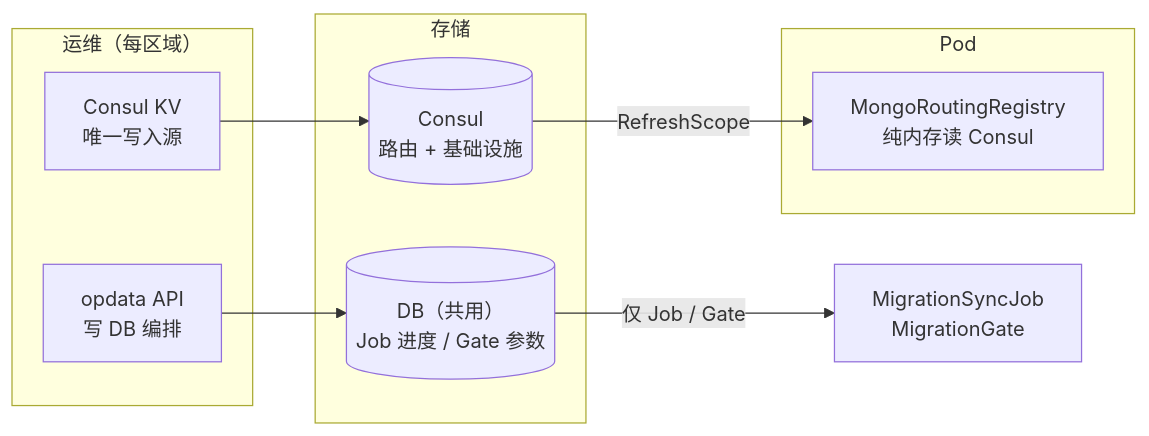
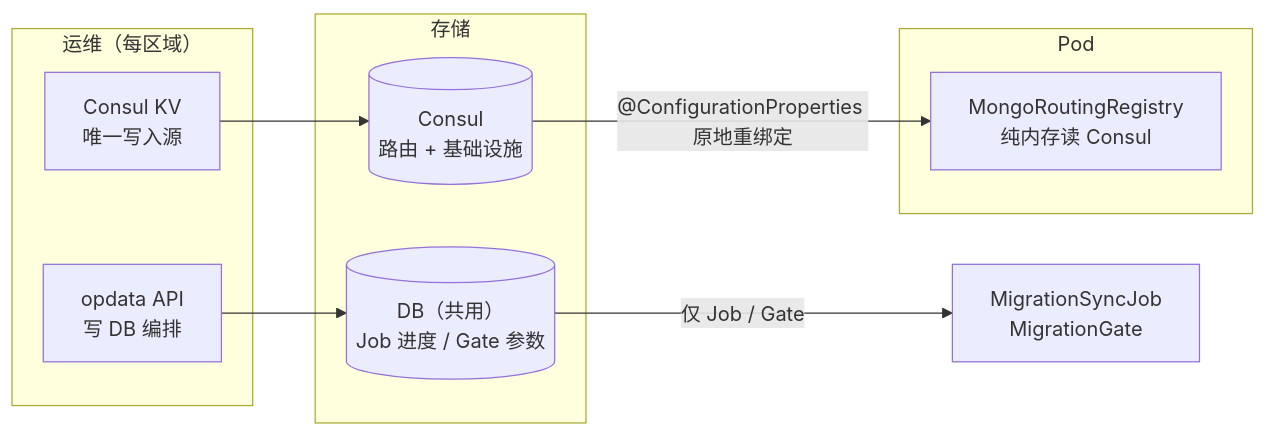
One commit to TencentBlueKing/bk-repo changed the second of 5 diagrams in docs/specification/mongodb-node-sharding-infra-ops.md. Above: the diagram before and after it, drawn with Mermaid. The commit also changed other lines of this file and 92 other files, not shown here.

````diff
--- a/docs/specification/mongodb-node-sharding-infra-ops.md
+++ b/docs/specification/mongodb-node-sharding-infra-ops.md
@@ -288,21 +316,21 @@
 ```mermaid
 flowchart LR
     subgraph "运维（每区域）"
         OP_CONSUL["Consul KV\n唯一写入源"]
         OP_API["opdata API\n写 DB 编排"]
     end
 
     subgraph "存储"
         CONSUL[("Consul\n路由 + 基础设施")]
         DB[("DB（共用）\nJob 进度 / Gate 参数")]
     end
 
     subgraph "Pod"
         REG["MongoRoutingRegistry\n纯内存读 Consul"]
     end
 
     OP_CONSUL --> CONSUL
     OP_API --> DB
-    CONSUL -->|"RefreshScope"| REG
+    CONSUL -->|"@ConfigurationProperties 原地重绑定"| REG
     DB -->|"仅 Job / Gate"| JOB["MigrationSyncJob\nMigrationGate"]
 ```
````
